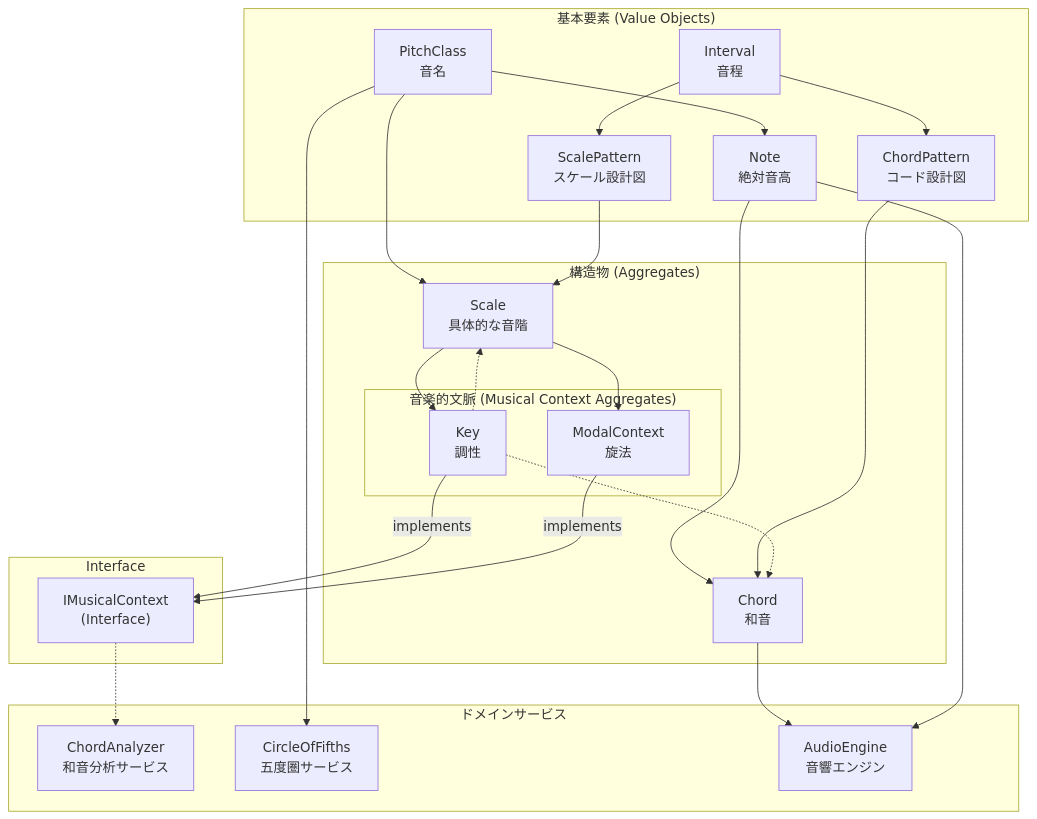
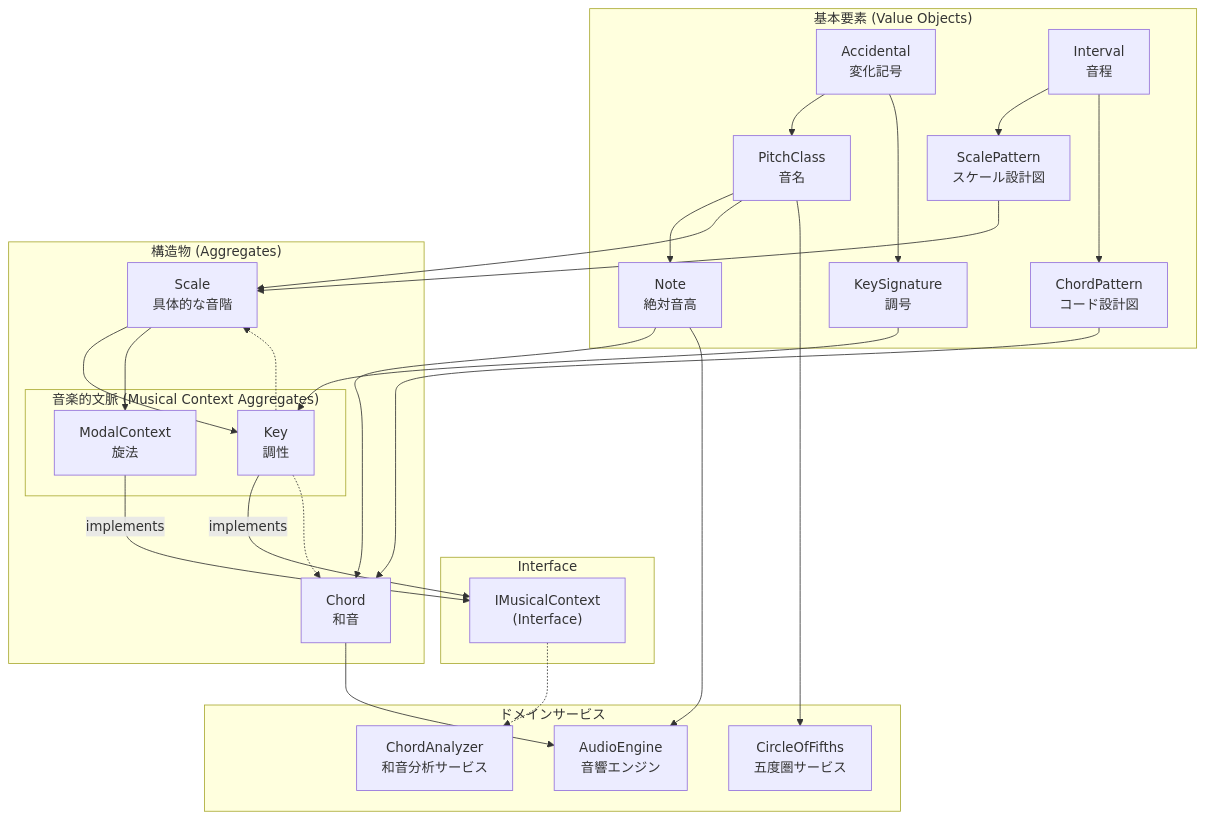
One commit to endo-ava/music-theory-app changed the diagram in docs/10.domain/1001.domainSystem.md. Above: the diagram before and after it, drawn with Mermaid. The commit also changed other lines of this file and 1 other file, not shown here.

````diff
--- a/docs/10.domain/1001.domainSystem.md
+++ b/docs/10.domain/1001.domainSystem.md
@@ -295,57 +345,62 @@
 ```mermaid
 graph TB
     subgraph "基本要素 (Value Objects)"
+        ACC[Accidental<br/>変化記号]
         PC[PitchClass<br/>音名]
         INT[Interval<br/>音程]
         NOTE[Note<br/>絶対音高]
+        KS[KeySignature<br/>調号]
         SP[ScalePattern<br/>スケール設計図]
         CP[ChordPattern<br/>コード設計図]
     end
 
     subgraph "Interface"
         IMC["IMusicalContext<br/>(Interface)"]
     end
 
     subgraph "構造物 (Aggregates)"
         SC[Scale<br/>具体的な音階]
         CH[Chord<br/>和音]
 
         subgraph "音楽的文脈 (Musical Context Aggregates)"
             KEY[Key<br/>調性]
             MC[ModalContext<br/>旋法]
         end
     end
 
     subgraph "ドメインサービス"
         CA[ChordAnalyzer<br/>和音分析サービス]
         COF[CircleOfFifths<br/>五度圏サービス]
         AE[AudioEngine<br/>音響エンジン]
     end
 
     %% 抽象と具象の関係
     KEY -- implements --> IMC
     MC -- implements --> IMC
 
     %% 依存関係
+    ACC --> PC
+    ACC --> KS
     PC --> NOTE
     INT --> SP
     INT --> CP
     NOTE --> CH
+    KS --> KEY
 
     %% 集約への依存
     PC --> SC
     SP --> SC
     CP --> CH
     SC --> KEY
     SC --> MC
 
     %% サービス依存
     IMC -.-> CA
     PC --> COF
     CH --> AE
     NOTE --> AE
 
     %% 集約間の参照
     KEY -.-> CH
     KEY -.-> SC
 ```
````
